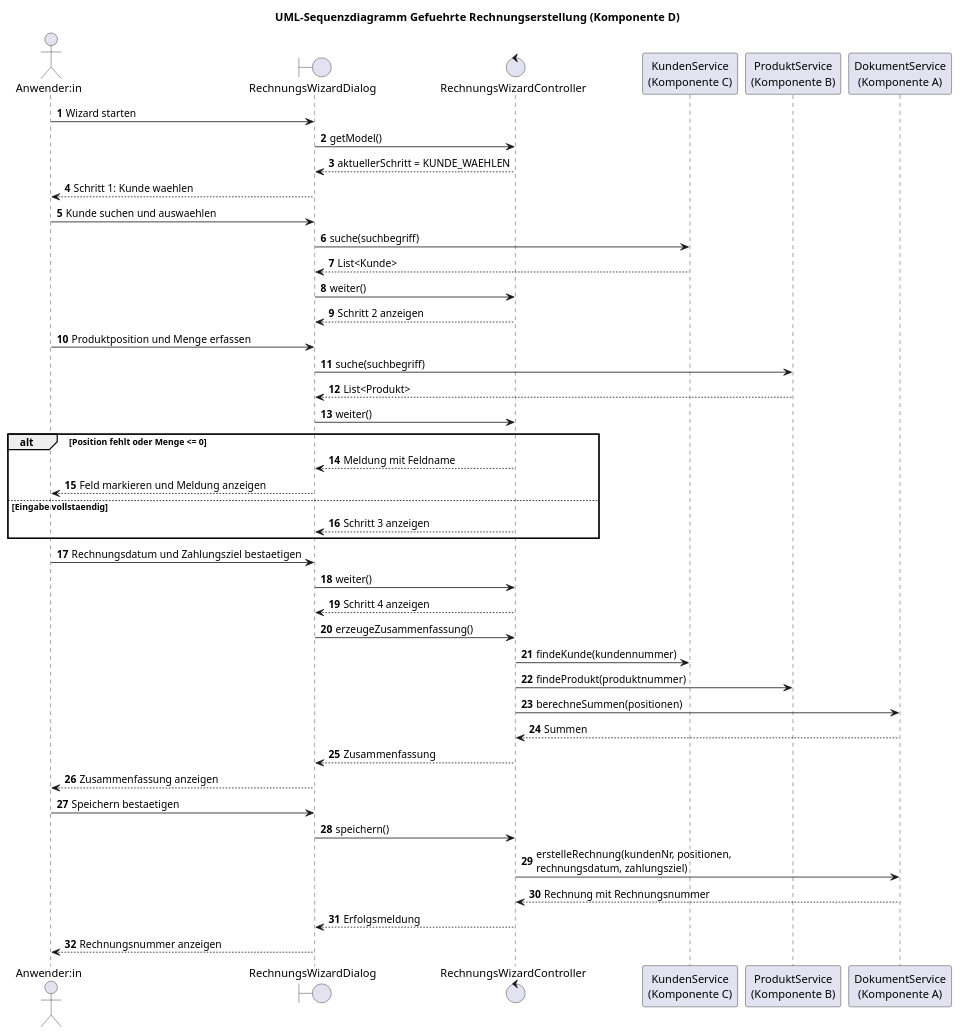
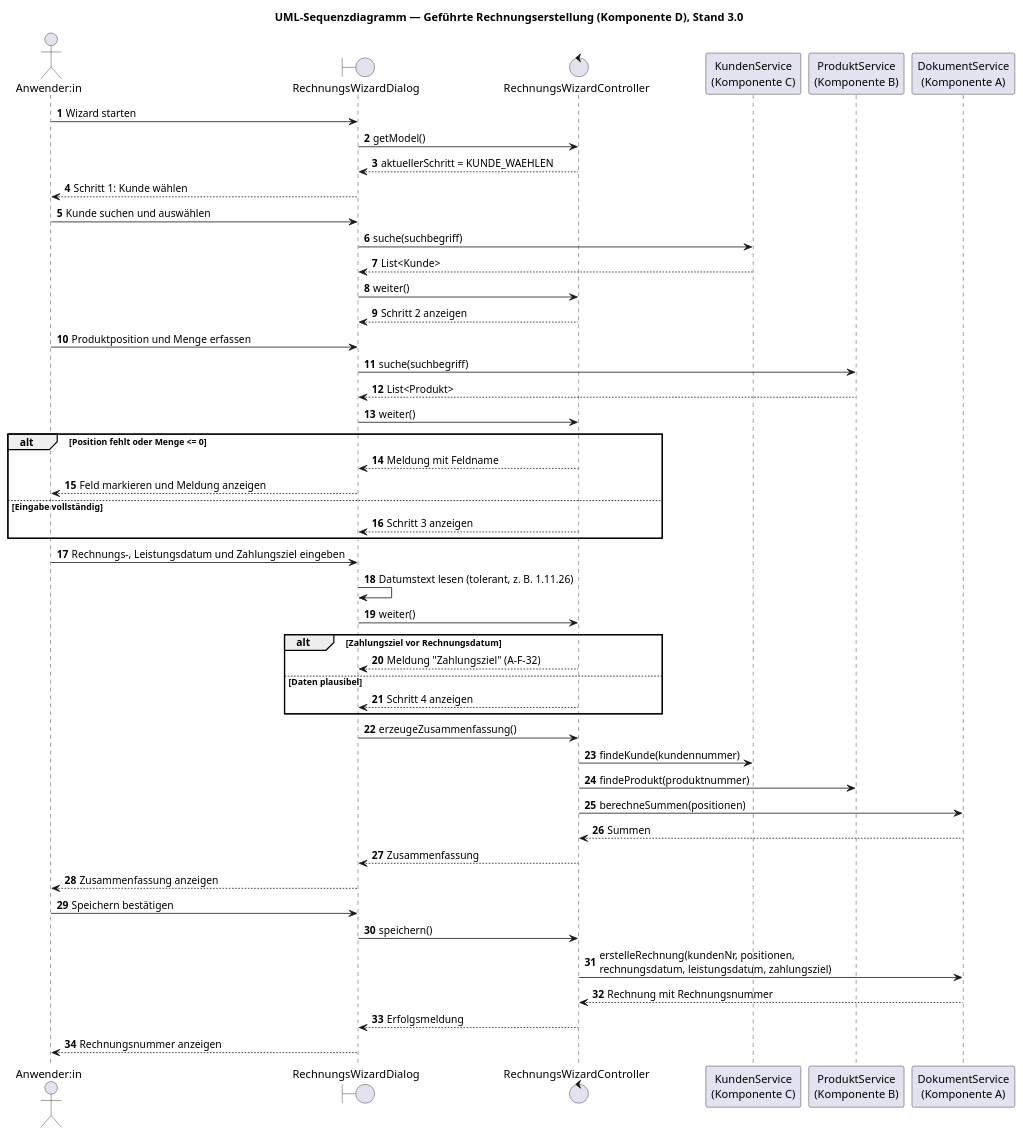
Before and after one commit to lucasstrubel/faktura: the diagram in dokumentation/diagramme/sequenz_rechnungserstellung_wizard.puml, drawn with PlantUML. The commit also changed 39 other files, not shown here.

First line of the commit message:
Dokumentation auf Deutsch und Stand 3.0, PDF-Fassungen

```diff
--- a/dokumentation/diagramme/sequenz_rechnungserstellung_wizard.puml
+++ b/dokumentation/diagramme/sequenz_rechnungserstellung_wizard.puml
@@ -1,53 +1,59 @@
 @startuml
-title UML-Sequenzdiagramm Gefuehrte Rechnungserstellung (Komponente D)
+title UML-Sequenzdiagramm — Geführte Rechnungserstellung (Komponente D), Stand 3.0
 autonumber
 
 actor "Anwender:in" as Anw
 boundary "RechnungsWizardDialog" as Dialog
 control "RechnungsWizardController" as Controller
 participant "KundenService\n(Komponente C)" as Kunden
 participant "ProduktService\n(Komponente B)" as Produkte
 participant "DokumentService\n(Komponente A)" as Dokumente
 
 Anw -> Dialog : Wizard starten
 Dialog -> Controller : getModel()
 Controller --> Dialog : aktuellerSchritt = KUNDE_WAEHLEN
-Dialog --> Anw : Schritt 1: Kunde waehlen
+Dialog --> Anw : Schritt 1: Kunde wählen
 
-Anw -> Dialog : Kunde suchen und auswaehlen
+Anw -> Dialog : Kunde suchen und auswählen
 Dialog -> Kunden : suche(suchbegriff)
 Kunden --> Dialog : List<Kunde>
 Dialog -> Controller : weiter()
 Controller --> Dialog : Schritt 2 anzeigen
 
 Anw -> Dialog : Produktposition und Menge erfassen
 Dialog -> Produkte : suche(suchbegriff)
 Produkte --> Dialog : List<Produkt>
 Dialog -> Controller : weiter()
 
 alt Position fehlt oder Menge <= 0
   Controller --> Dialog : Meldung mit Feldname
   Dialog --> Anw : Feld markieren und Meldung anzeigen
-else Eingabe vollstaendig
+else Eingabe vollständig
   Controller --> Dialog : Schritt 3 anzeigen
 end
 
-Anw -> Dialog : Rechnungsdatum und Zahlungsziel bestaetigen
+Anw -> Dialog : Rechnungs-, Leistungsdatum und Zahlungsziel eingeben
+Dialog -> Dialog : Datumstext lesen (tolerant, z. B. 1.11.26)
 Dialog -> Controller : weiter()
-Controller --> Dialog : Schritt 4 anzeigen
+
+alt Zahlungsziel vor Rechnungsdatum
+  Controller --> Dialog : Meldung "Zahlungsziel" (A-F-32)
+else Daten plausibel
+  Controller --> Dialog : Schritt 4 anzeigen
+end
 
 Dialog -> Controller : erzeugeZusammenfassung()
 Controller -> Kunden : findeKunde(kundennummer)
 Controller -> Produkte : findeProdukt(produktnummer)
 Controller -> Dokumente : berechneSummen(positionen)
 Dokumente --> Controller : Summen
 Controller --> Dialog : Zusammenfassung
 Dialog --> Anw : Zusammenfassung anzeigen
 
-Anw -> Dialog : Speichern bestaetigen
+Anw -> Dialog : Speichern bestätigen
 Dialog -> Controller : speichern()
-Controller -> Dokumente : erstelleRechnung(kundenNr, positionen,\nrechnungsdatum, zahlungsziel)
+Controller -> Dokumente : erstelleRechnung(kundenNr, positionen,\nrechnungsdatum, leistungsdatum, zahlungsziel)
 Dokumente --> Controller : Rechnung mit Rechnungsnummer
 Controller --> Dialog : Erfolgsmeldung
 Dialog --> Anw : Rechnungsnummer anzeigen
 @enduml
```
